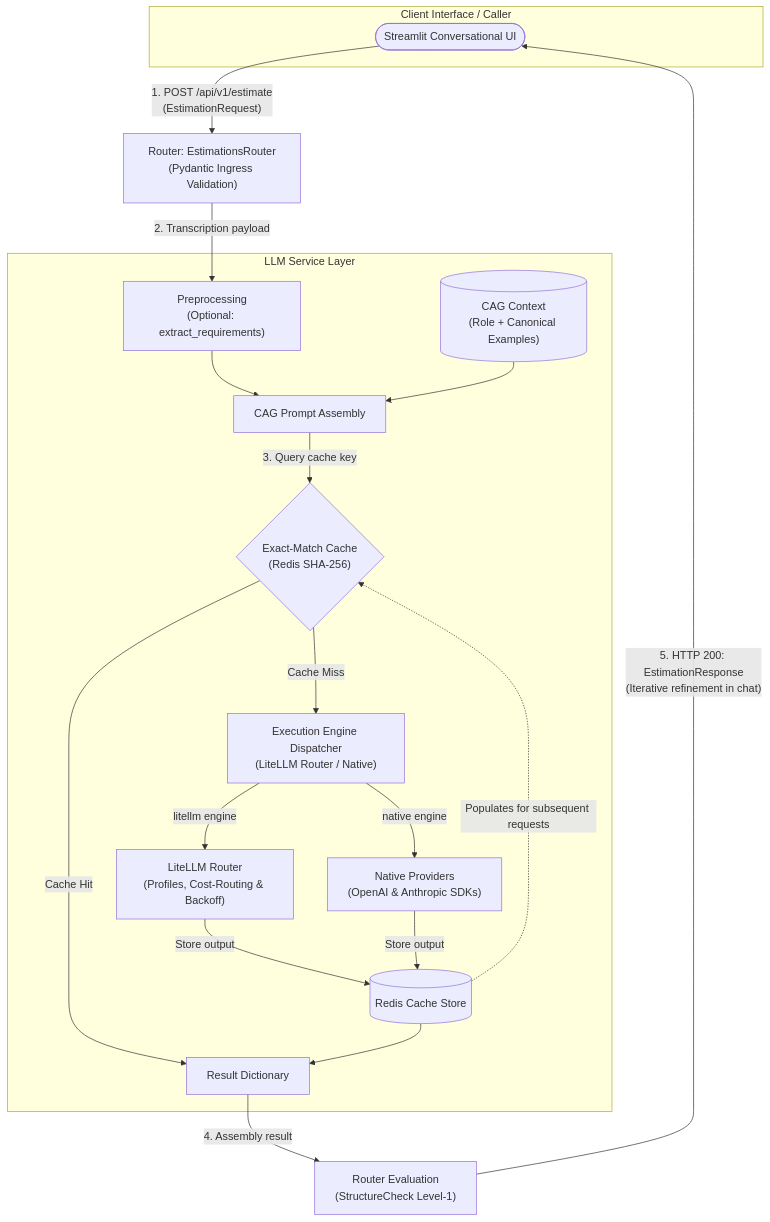
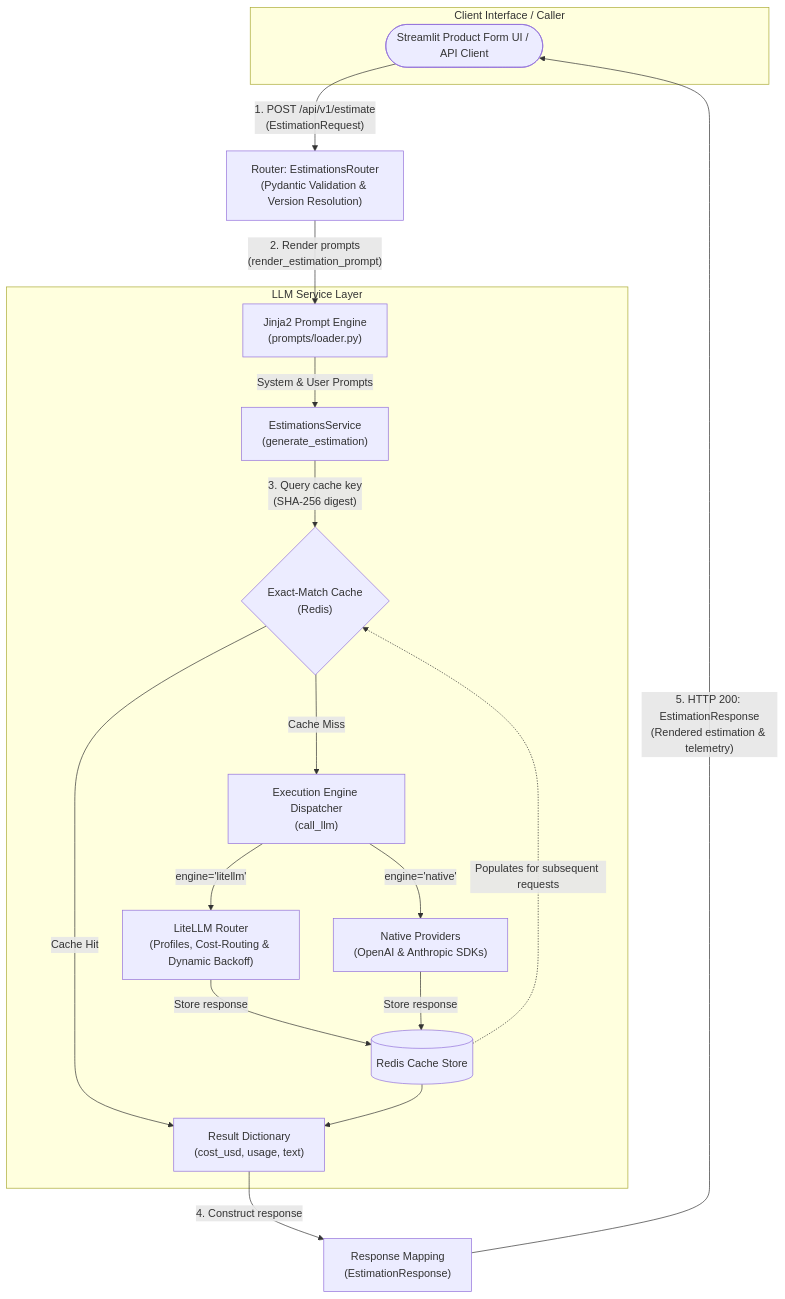
The diagram in README.md (NestorDR/aie-estimator), drawn with Mermaid before and after one commit. The commit also changed other lines of this file and 7 other files, not shown here.

Commit message:
Update documentation for structured product estimation interface

````diff
--- a/README.md
+++ b/README.md
@@ -28,31 +28,27 @@
 ```mermaid
 flowchart TD
     subgraph ClientLayer ["Client Interface / Caller"]
-        Client(["Streamlit Conversational UI"])
+        Client(["Streamlit Product Form UI / API Client"])
     end
 
-    Client -->|"1. POST /api/v1/estimate\n(EstimationRequest)"| Router["Router: EstimationsRouter\n(Pydantic Ingress Validation)"]
-    Router -->|"2. Transcription payload"| Preprocessing
+    Client -->|"1. POST /api/v1/estimate\n(EstimationRequest)"| Router["Router: EstimationsRouter\n(Pydantic Validation & Version Resolution)"]
+    Router -->|"2. Render prompts\n(render_estimation_prompt)"| TemplateEngine["Jinja2 Prompt Engine\n(prompts/loader.py)"]
 
     subgraph ServiceLayer ["LLM Service Layer"]
-        Preprocessing["Preprocessing\n(Optional: extract_requirements)"]
-        Preprocessing --> PromptBuilder["CAG Prompt Assembly"]
+        TemplateEngine -->|"System & User Prompts"| Service["EstimationsService\n(generate_estimation)"]
+        Service -->|"3. Query cache key\n(SHA-256 digest)"| CacheCheck{"Exact-Match Cache\n(Redis)"}
 
-        Context[("CAG Context\n(Role + Canonical Examples)")] --> PromptBuilder
+        CacheCheck -->|"Cache Hit"| ServiceOutput["Result Dictionary\n(cost_usd, usage, text)"]
+        CacheCheck -->|"Cache Miss"| Dispatcher["Execution Engine Dispatcher\n(call_llm)"]
 
-        PromptBuilder -->|"3. Query cache key"| CacheCheck{"Exact-Match Cache\n(Redis SHA-256)"}
-
-        CacheCheck -->|"Cache Hit"| ServiceOutput["Result Dictionary"]
-        CacheCheck -->|"Cache Miss"| Dispatcher["Execution Engine Dispatcher\n(LiteLLM Router / Native)"]
-
-        Dispatcher -->|"litellm engine"| LiteLLMRouting["LiteLLM Router\n(Profiles, Cost-Routing & Backoff)"]
-        Dispatcher -->|"native engine"| NativeProviders["Native Providers\n(OpenAI & Anthropic SDKs)"]
-        LiteLLMRouting -->|"Store output"| CacheStore[("Redis Cache Store")]
-        NativeProviders -->|"Store output"| CacheStore
+        Dispatcher -->|"engine='litellm'"| LiteLLMRouting["LiteLLM Router\n(Profiles, Cost-Routing & Dynamic Backoff)"]
+        Dispatcher -->|"engine='native'"| NativeProviders["Native Providers\n(OpenAI & Anthropic SDKs)"]
+        LiteLLMRouting -->|"Store response"| CacheStore[("Redis Cache Store")]
+        NativeProviders -->|"Store response"| CacheStore
         CacheStore -.->|"Populates for subsequent requests"| CacheCheck
         CacheStore --> ServiceOutput
     end
 
-    ServiceOutput -->|"4. Assembly result"| Evaluator["Router Evaluation\n(StructureCheck Level-1)"]
-    Evaluator -->|"5. HTTP 200: EstimationResponse\n(Iterative refinement in chat)"| Client
+    ServiceOutput -->|"4. Construct response"| ResponseMapper["Response Mapping\n(EstimationResponse)"]
+    ResponseMapper -->|"5. HTTP 200: EstimationResponse\n(Rendered estimation & telemetry)"| Client
 ```
````
